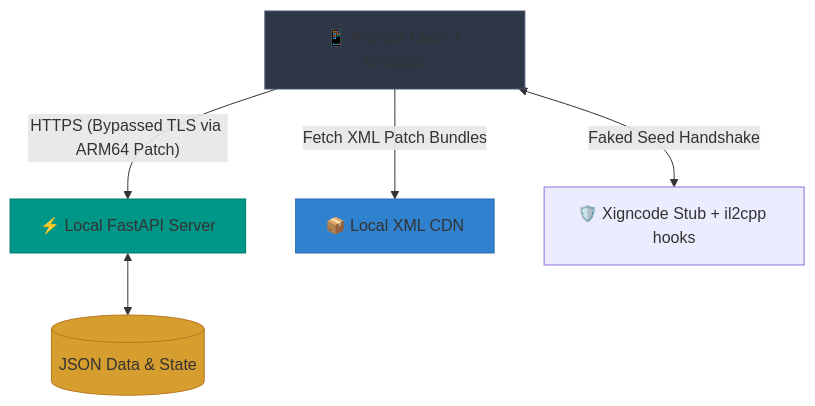
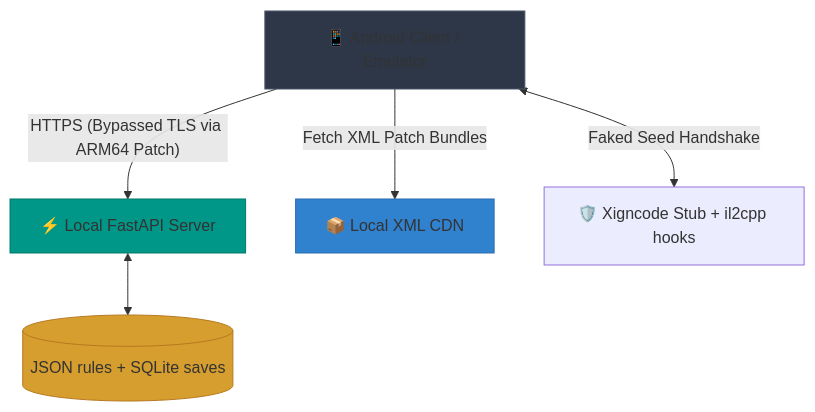
One commit to nowl-it/KingBugCastle changed the diagram in README.md. Above: the diagram before and after it, drawn with Mermaid. The commit also changed other lines of this file and 123 other files, not shown here.

````diff
--- a/README.md
+++ b/README.md
@@ -56,18 +57,18 @@
 ```mermaid
 graph TD
     Client[📱 Android Client / Emulator]
     FastAPI[⚡ Local FastAPI Server]
     CDN[📦 Local XML CDN]
     XIGNCODE[🛡️ Xigncode Stub + il2cpp hooks]
-    Data[(JSON Data & State)]
+    Data[(JSON rules + SQLite saves)]
 
     Client -- "HTTPS (Bypassed TLS via ARM64 Patch)" --> FastAPI
     Client -- "Fetch XML Patch Bundles" --> CDN
     FastAPI <--> Data
     Client <-->|"Faked Seed Handshake"| XIGNCODE
     
     style Client fill:#2D3748,stroke:#4A5568
     style FastAPI fill:#009688,stroke:#00796B
     style Data fill:#D69E2E,stroke:#B7791F
     style CDN fill:#3182CE,stroke:#2B6CB0
 ```
````
